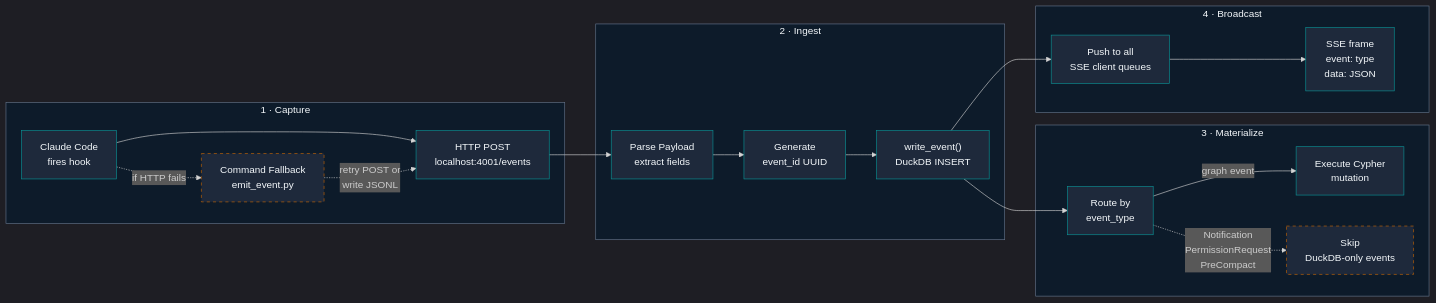
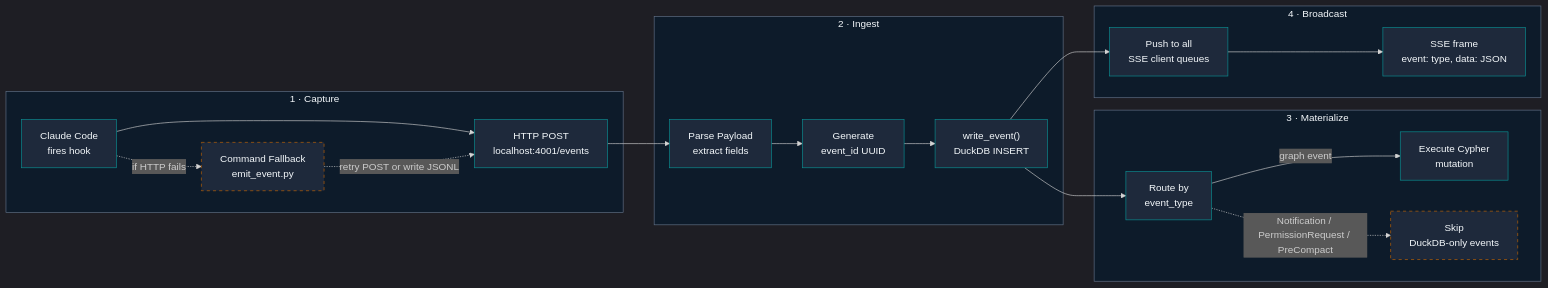
The second of 4 diagrams in docs/architecture.md (halcyondude/observable-claude), drawn with Mermaid before and after one commit. The commit also changed other lines of this file and 7 other files, not shown here.

First line of the commit message:
fix: Mermaid diagrams — replace \n with br tags for GitHub rendering

````diff
--- a/docs/architecture.md
+++ b/docs/architecture.md
@@ -89,49 +89,49 @@
 ```mermaid
 %%{init: {'theme': 'dark'}}%%
 flowchart LR
     subgraph CAPTURE ["1 · Capture"]
-        HOOK_FIRE["Claude Code\nfires hook"]:::step
-        HTTP_POST["HTTP POST\nlocalhost:4001/events"]:::step
-        CMD_FALL["Command Fallback\nemit_event.py"]:::fallback
+        HOOK_FIRE["Claude Code<br/>fires hook"]:::step
+        HTTP_POST["HTTP POST<br/>localhost:4001/events"]:::step
+        CMD_FALL["Command Fallback<br/>emit_event.py"]:::fallback
 
         HOOK_FIRE --> HTTP_POST
         HOOK_FIRE -.->|if HTTP fails| CMD_FALL
-        CMD_FALL -.->|retry POST or\nwrite JSONL| HTTP_POST
+        CMD_FALL -.->|"retry POST or write JSONL"| HTTP_POST
     end
 
     subgraph INGEST ["2 · Ingest"]
-        PARSE["Parse Payload\nextract fields"]:::step
-        WRITE_DUCK["write_event()\nDuckDB INSERT"]:::step
-        GEN_ID["Generate\nevent_id UUID"]:::step
+        PARSE["Parse Payload<br/>extract fields"]:::step
+        WRITE_DUCK["write_event()<br/>DuckDB INSERT"]:::step
+        GEN_ID["Generate<br/>event_id UUID"]:::step
 
         PARSE --> GEN_ID --> WRITE_DUCK
     end
 
     subgraph MATERIALIZE ["3 · Materialize"]
-        ROUTE["Route by\nevent_type"]:::step
-        CYPHER["Execute Cypher\nmutation"]:::step
-        SKIP["Skip\nDuckDB-only events"]:::fallback
+        ROUTE["Route by<br/>event_type"]:::step
+        CYPHER["Execute Cypher<br/>mutation"]:::step
+        SKIP["Skip<br/>DuckDB-only events"]:::fallback
 
         ROUTE -->|graph event| CYPHER
-        ROUTE -.->|Notification\nPermissionRequest\nPreCompact| SKIP
+        ROUTE -.->|"Notification / PermissionRequest / PreCompact"| SKIP
     end
 
     subgraph BROADCAST ["4 · Broadcast"]
-        QUEUE["Push to all\nSSE client queues"]:::step
-        SSE_OUT["SSE frame\nevent: type\ndata: JSON"]:::step
+        QUEUE["Push to all<br/>SSE client queues"]:::step
+        SSE_OUT["SSE frame<br/>event: type, data: JSON"]:::step
 
         QUEUE --> SSE_OUT
     end
 
     HTTP_POST --> PARSE
     WRITE_DUCK --> ROUTE
     WRITE_DUCK --> QUEUE
 
     classDef step fill:#1E293B,stroke:#0A9396,color:#F4F8FB
     classDef fallback fill:#1E293B,stroke:#CA6702,color:#F4F8FB,stroke-dasharray: 5 5
 
     style CAPTURE fill:#0D1B2A,stroke:#64748B,color:#F4F8FB
     style INGEST fill:#0D1B2A,stroke:#64748B,color:#F4F8FB
     style MATERIALIZE fill:#0D1B2A,stroke:#64748B,color:#F4F8FB
     style BROADCAST fill:#0D1B2A,stroke:#64748B,color:#F4F8FB
 ```
````
